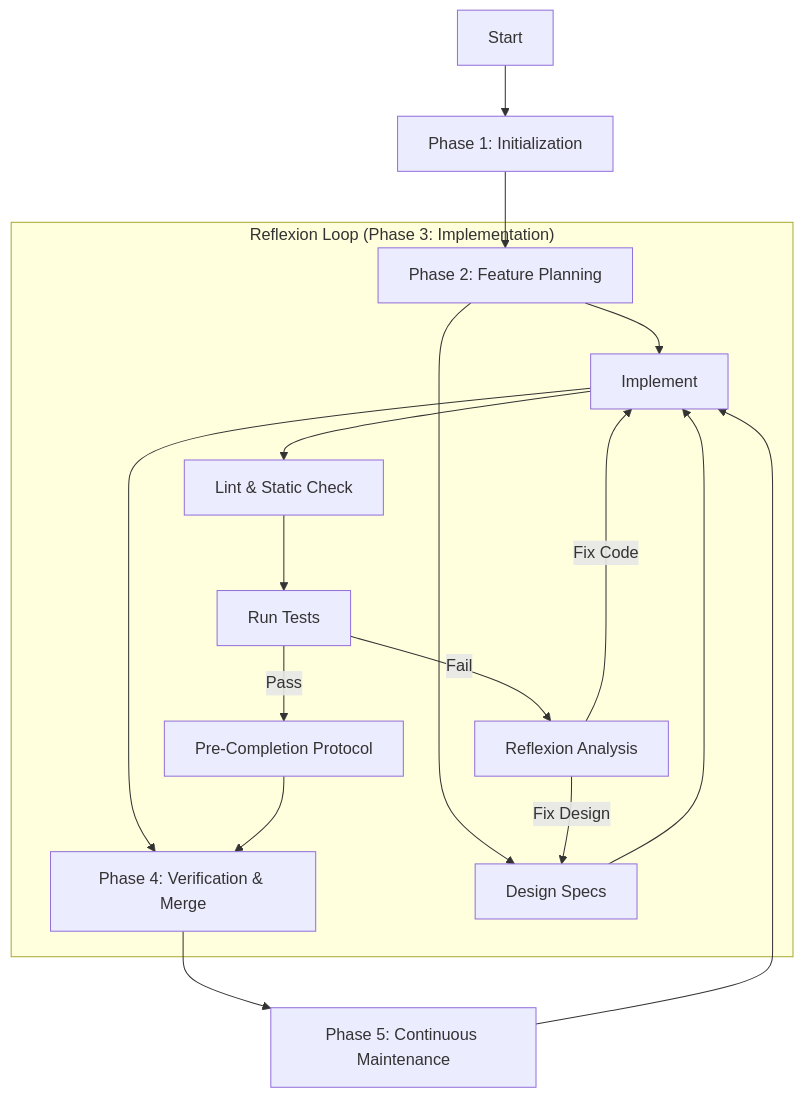
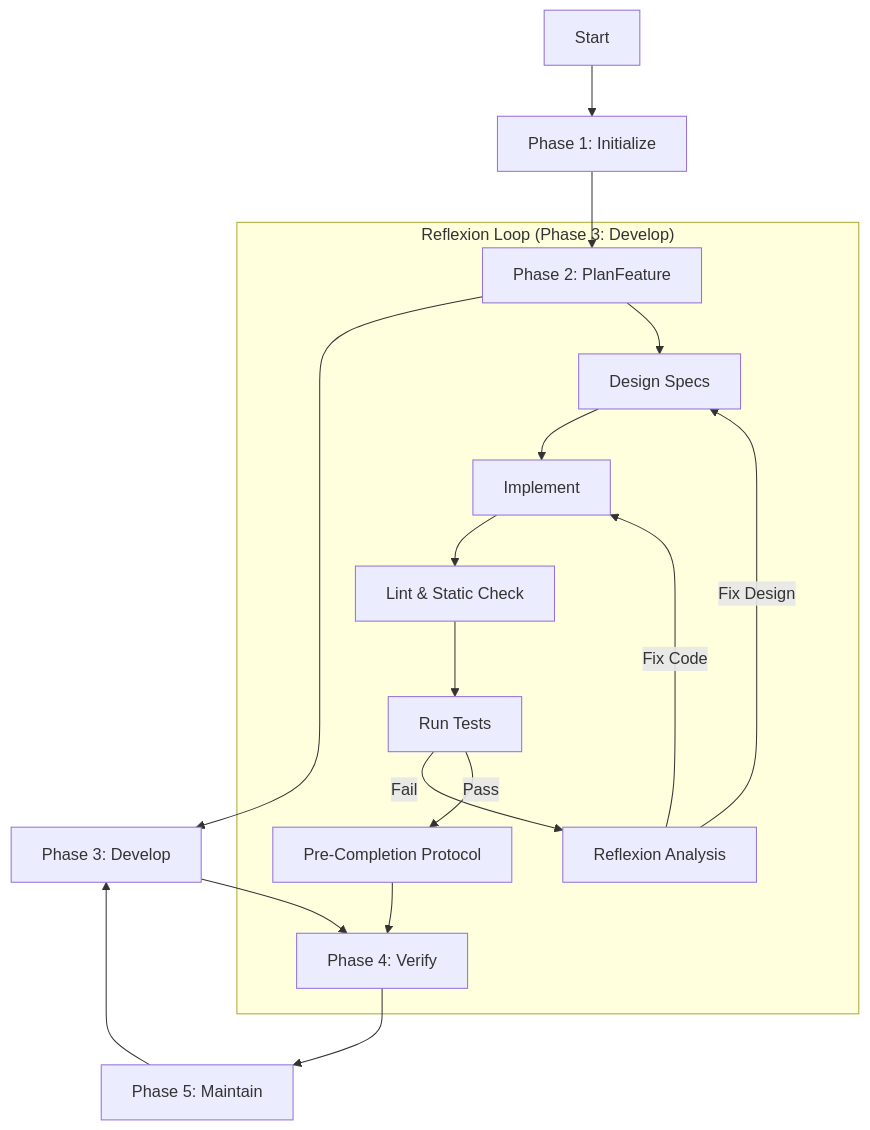
Before and after one commit to ldzhouquan/agent-harness-skill: the diagram in Harness/workflow.md, drawn with Mermaid. The commit also changed other lines of this file and 2 other files, not shown here.

````diff
--- a/Harness/workflow.md
+++ b/Harness/workflow.md
@@ -7,23 +9,23 @@
 ```mermaid
 graph TD
-    Start[Start] --> Init[Phase 1: Initialization]
-    Init --> Plan[Phase 2: Feature Planning]
-    Plan --> Dev[Phase 3: Incremental Development]
-    Dev --> Verify[Phase 4: Verification & Merge]
-    Verify --> Maintain[Phase 5: Continuous Maintenance]
+    Start[Start] --> Init[Phase 1: Initialize]
+    Init --> Plan[Phase 2: PlanFeature]
+    Plan --> Dev[Phase 3: Develop]
+    Dev --> Verify[Phase 4: Verify]
+    Verify --> Maintain[Phase 5: Maintain]
     Maintain --> Dev
-    
+
     %% Reflexion Loop IS the Main Execution Engine
     %% It replaces the traditional linear Dev->Test flow
-    subgraph "Reflexion Loop (Phase 3: Implementation)"
+    subgraph "Reflexion Loop (Phase 3: Develop)"
     Plan --> Design[Design Specs]
-    Design --> Dev[Implement]
-    Dev --> Lint[Lint & Static Check]
+    Design --> Impl[Implement]
+    Impl --> Lint[Lint & Static Check]
     Lint --> Test[Run Tests]
     Test -->|Fail| Analyze[Reflexion Analysis]
-    Analyze -->|Fix Code| Dev
+    Analyze -->|Fix Code| Impl
     Analyze -->|Fix Design| Design
     Test -->|Pass| Protocol[Pre-Completion Protocol]
     Protocol --> Verify
     end
 ```
````
